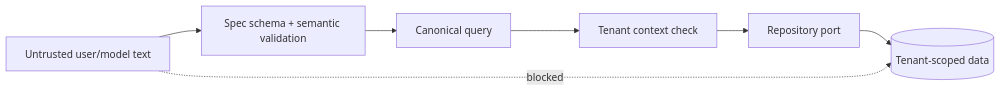
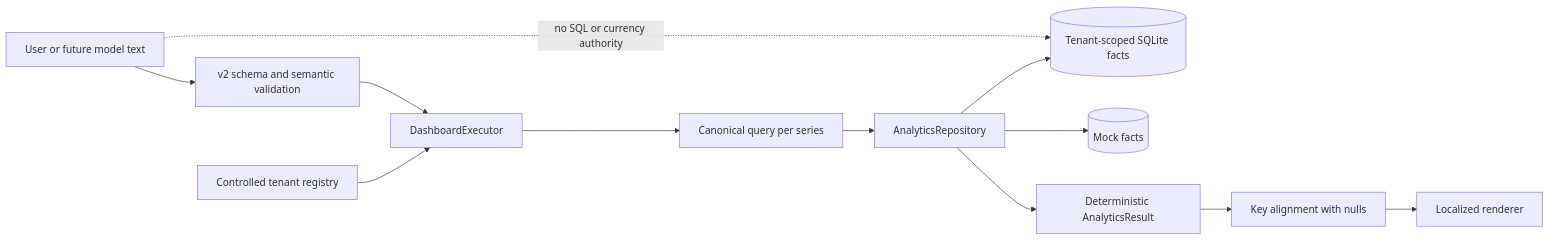
One commit to hazemyoussif/el-dabboos-analytics changed the fifth of 5 diagrams in docs/architecture/diagrams.md. Above: the diagram before and after it, drawn with Mermaid. The commit also changed other lines of this file and 15 other files, not shown here.

Commit message:
docs(architecture): record market, template and v2 decisions

````diff
--- a/docs/architecture/diagrams.md
+++ b/docs/architecture/diagrams.md
@@ -94,9 +89,14 @@
 ```mermaid
 flowchart LR
-  U[Untrusted user/model text] --> V[Spec schema + semantic validation]
-  V --> Q[Canonical query]
-  Q --> T[Tenant context check]
-  T --> R[Repository port]
-  R --> D[(Tenant-scoped data)]
-  U -. blocked .-> D
+  U[User or future model text] --> V[v2 schema and semantic validation]
+  T[Controlled tenant registry] --> Q[DashboardExecutor]
+  V --> Q
+  Q --> S[Canonical query per series]
+  S --> R[AnalyticsRepository]
+  R --> D[(Tenant-scoped SQLite facts)]
+  R --> M[(Mock facts)]
+  R --> A[Deterministic AnalyticsResult]
+  A --> K[Key alignment with nulls]
+  K --> W[Localized renderer]
+  U -. no SQL or currency authority .-> D
 ```
````
